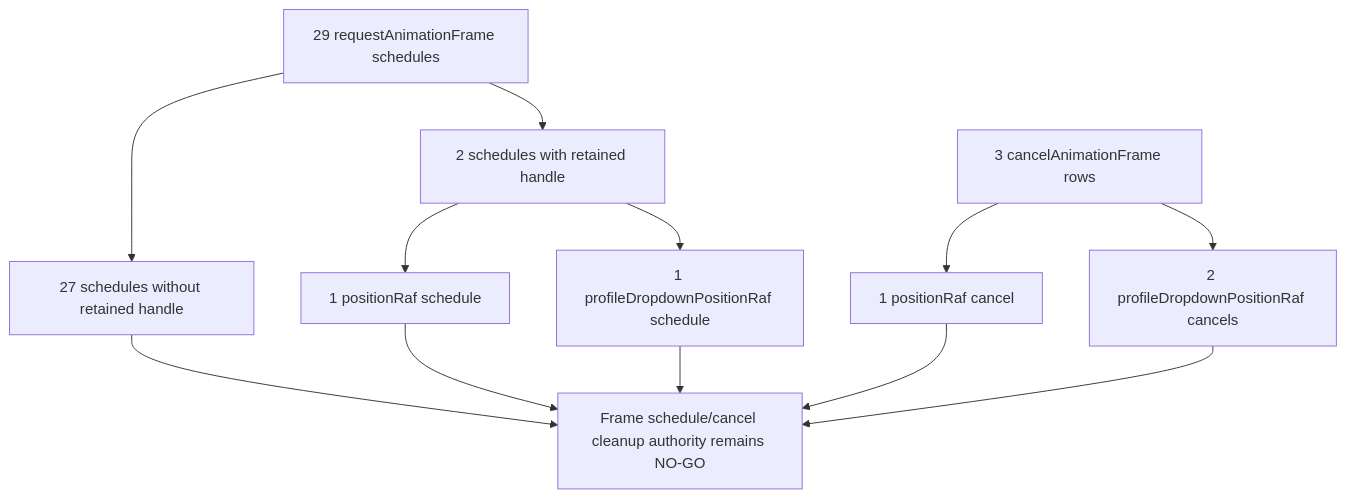
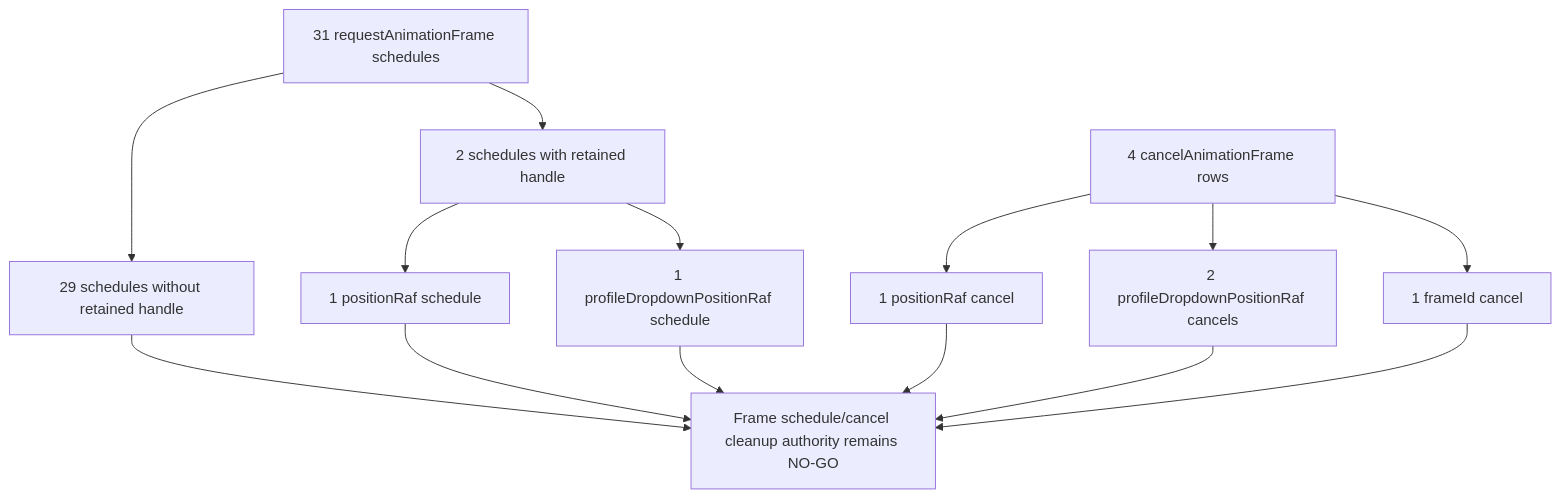
One commit to varshneydevansh/FilterTube changed diagram 39 of 47 in docs/audit/FILTERTUBE_LIFECYCLE_INSTANCE_REGISTER_2026-05-18.md. Above: the diagram before and after it, drawn with Mermaid. The commit also changed other lines of this file and 8 other files, not shown here.

````diff
--- a/docs/audit/FILTERTUBE_LIFECYCLE_INSTANCE_REGISTER_2026-05-18.md
+++ b/docs/audit/FILTERTUBE_LIFECYCLE_INSTANCE_REGISTER_2026-05-18.md
@@ -3622,14 +3671,16 @@
 ```mermaid
 flowchart TD
-  A["29 requestAnimationFrame schedules"] --> B["27 schedules without retained handle"]
+  A["31 requestAnimationFrame schedules"] --> B["29 schedules without retained handle"]
   A --> C["2 schedules with retained handle"]
   C --> D["1 positionRaf schedule"]
   C --> E["1 profileDropdownPositionRaf schedule"]
-  F["3 cancelAnimationFrame rows"] --> G["1 positionRaf cancel"]
+  F["4 cancelAnimationFrame rows"] --> G["1 positionRaf cancel"]
   F --> H["2 profileDropdownPositionRaf cancels"]
+  F --> Z["1 frameId cancel"]
   B --> I["Frame schedule/cancel cleanup authority remains NO-GO"]
   D --> I
   E --> I
   G --> I
   H --> I
+  Z --> I
 ```
````
